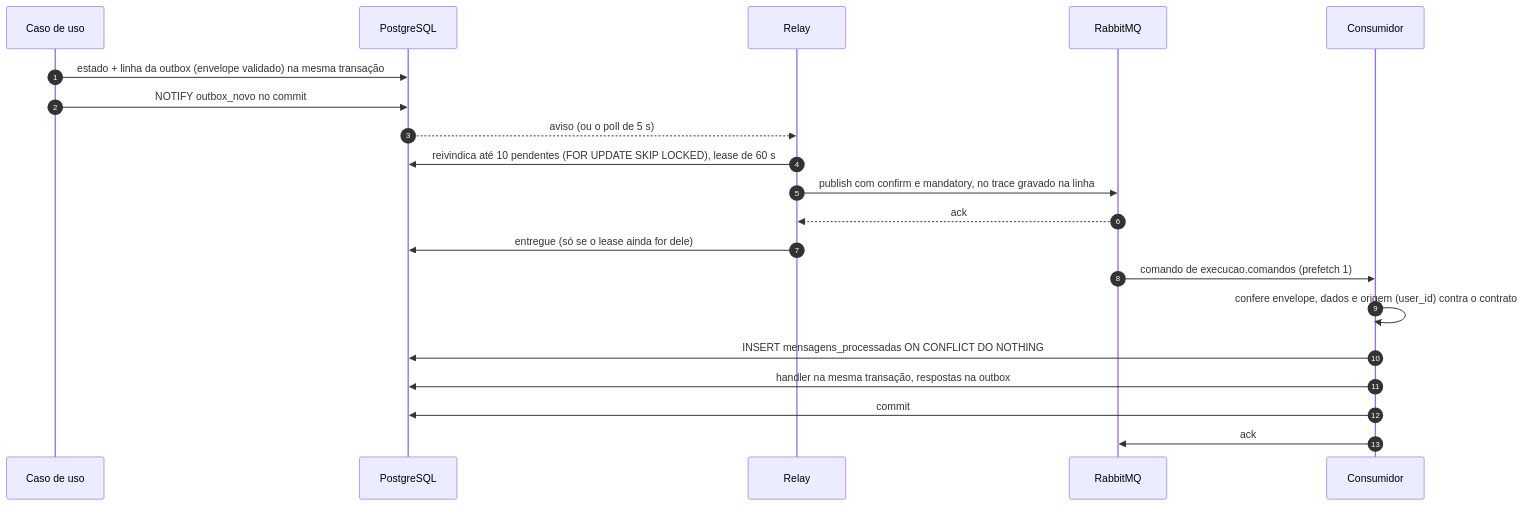
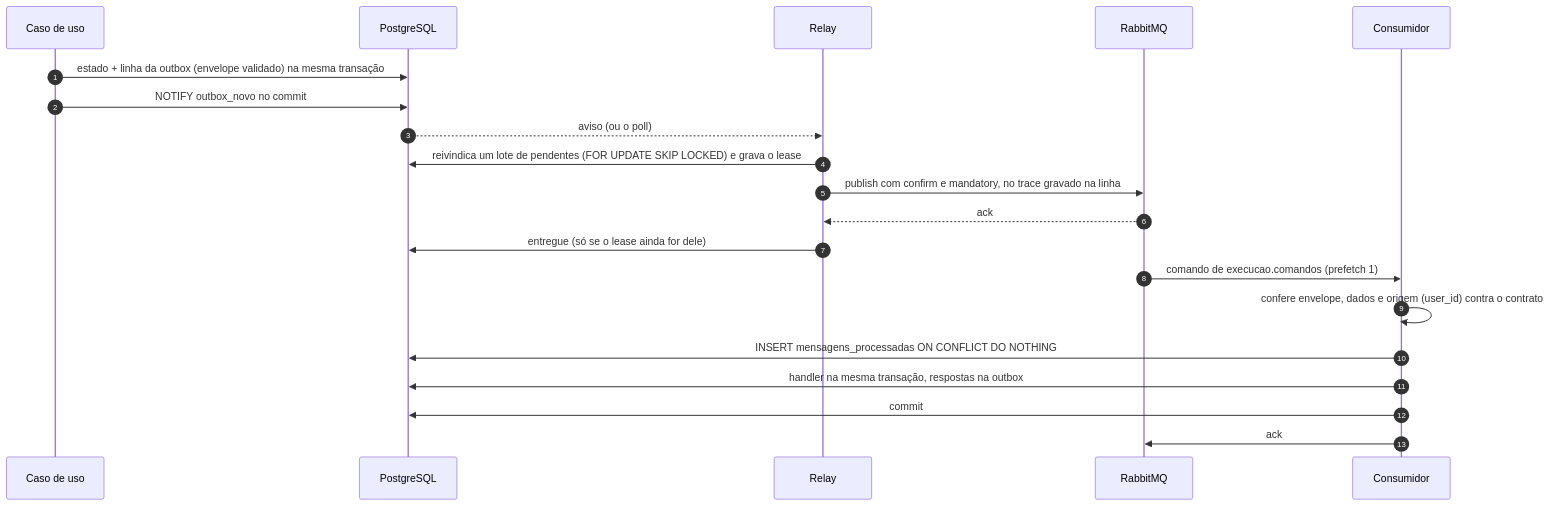
Diagram 11 of 11 in docs/arquitetura.md (fiap-postech-sw-architecture/postech-sw-arch-p4-execution-service), drawn with Mermaid before and after one commit. The commit also changed other lines of this file, not shown here.

````diff
--- a/docs/arquitetura.md
+++ b/docs/arquitetura.md
@@ -417,22 +419,22 @@
 ```mermaid
 sequenceDiagram
     autonumber
     participant UC as Caso de uso
     participant DB as PostgreSQL
     participant R as Relay
     participant MQ as RabbitMQ
     participant C as Consumidor
     UC->>DB: estado + linha da outbox (envelope validado) na mesma transação
     UC->>DB: NOTIFY outbox_novo no commit
-    DB-->>R: aviso (ou o poll de 5 s)
-    R->>DB: reivindica até 10 pendentes (FOR UPDATE SKIP LOCKED), lease de 60 s
+    DB-->>R: aviso (ou o poll)
+    R->>DB: reivindica um lote de pendentes (FOR UPDATE SKIP LOCKED) e grava o lease
     R->>MQ: publish com confirm e mandatory, no trace gravado na linha
     MQ-->>R: ack
     R->>DB: entregue (só se o lease ainda for dele)
     MQ->>C: comando de execucao.comandos (prefetch 1)
     C->>C: confere envelope, dados e origem (user_id) contra o contrato
     C->>DB: INSERT mensagens_processadas ON CONFLICT DO NOTHING
     C->>DB: handler na mesma transação, respostas na outbox
     C->>DB: commit
     C->>MQ: ack
 ```
````
